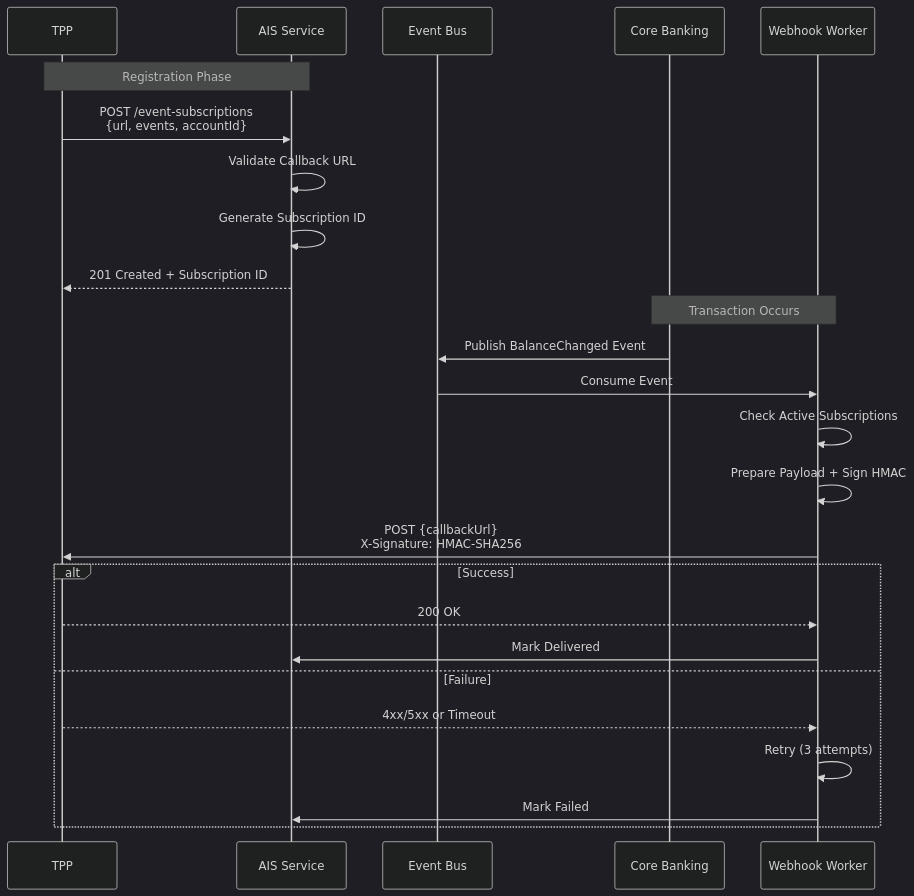
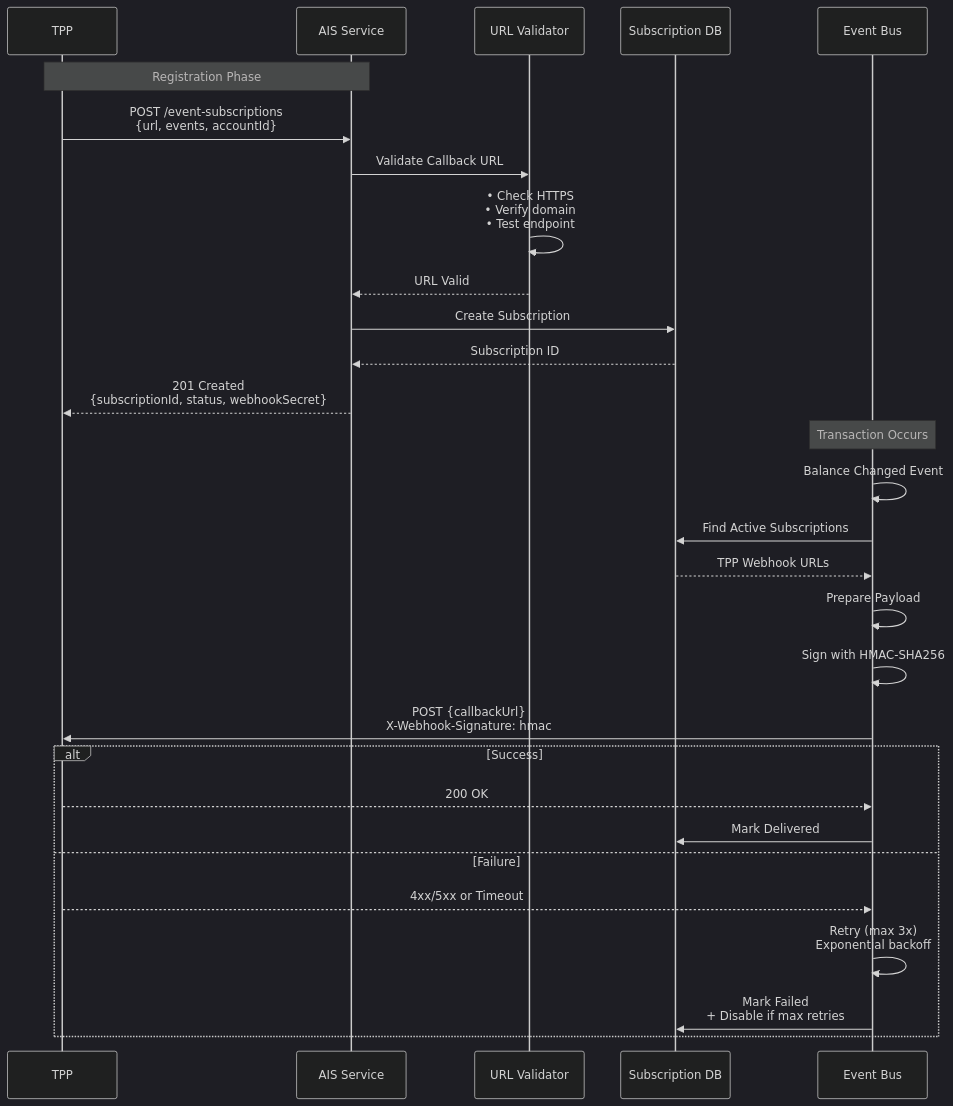
The fifth of 11 diagrams in 04-Dich-vu-Tai-khoan-AIS.md (huuhoait/openbanking-vn-specs), drawn with Mermaid (dark theme) before and after one commit. The commit also changed other lines of this file and 14 other files, not shown here.

````diff
--- a/04-Dich-vu-Tai-khoan-AIS.md
+++ b/04-Dich-vu-Tai-khoan-AIS.md
@@ -246,30 +563,36 @@
 ```mermaid
 sequenceDiagram
     participant TPP as TPP
     participant AIS as AIS Service
+    participant Validator as URL Validator
+    participant SubDB as Subscription DB
     participant EventBus as Event Bus
-    participant Core as Core Banking
-    participant Worker as Webhook Worker
     
     Note over TPP,AIS: Registration Phase
     TPP->>AIS: POST /event-subscriptions<br/>{url, events, accountId}
-    AIS->>AIS: Validate Callback URL
-    AIS->>AIS: Generate Subscription ID
-    AIS-->>TPP: 201 Created + Subscription ID
+    AIS->>Validator: Validate Callback URL
+    Validator->>Validator: • Check HTTPS<br/>• Verify domain<br/>• Test endpoint
+    Validator-->>AIS: URL Valid
     
-    Note over Core,Worker: Transaction Occurs
-    Core->>EventBus: Publish BalanceChanged Event
-    EventBus->>Worker: Consume Event
-    Worker->>Worker: Check Active Subscriptions
-    Worker->>Worker: Prepare Payload + Sign HMAC
-    Worker->>TPP: POST {callbackUrl}<br/>X-Signature: HMAC-SHA256
+    AIS->>SubDB: Create Subscription
+    SubDB-->>AIS: Subscription ID
+    AIS-->>TPP: 201 Created<br/>{subscriptionId, status, webhookSecret}
+    
+    Note over EventBus: Transaction Occurs
+    EventBus->>EventBus: Balance Changed Event
+    EventBus->>SubDB: Find Active Subscriptions
+    SubDB-->>EventBus: TPP Webhook URLs
+    
+    EventBus->>EventBus: Prepare Payload
+    EventBus->>EventBus: Sign with HMAC-SHA256
+    EventBus->>TPP: POST {callbackUrl}<br/>X-Webhook-Signature: hmac
     
     alt Success
-        TPP-->>Worker: 200 OK
-        Worker->>AIS: Mark Delivered
+        TPP-->>EventBus: 200 OK
+        EventBus->>SubDB: Mark Delivered
     else Failure
-        TPP-->>Worker: 4xx/5xx or Timeout
-        Worker->>Worker: Retry (3 attempts)
-        Worker->>AIS: Mark Failed
+        TPP-->>EventBus: 4xx/5xx or Timeout
+        EventBus->>EventBus: Retry (max 3x)<br/>Exponential backoff
+        EventBus->>SubDB: Mark Failed<br/>+ Disable if max retries
     end
 ```
````
